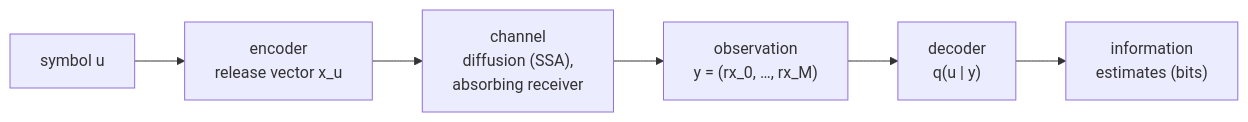
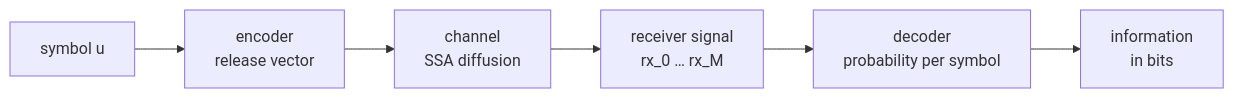
The diagram in README.md (nguyenducminh2206/tuni-cli), drawn with Mermaid before and after one commit. The commit also changed other lines of this file, not shown here.

````diff
--- a/README.md
+++ b/README.md
@@ -32,8 +28,8 @@
 ```mermaid
 flowchart LR
-    U["symbol u"] --> E["encoder<br/>release vector x_u"]
-    E --> C["channel<br/>diffusion (SSA),<br/>absorbing receiver"]
-    C --> Y["observation<br/>y = (rx_0, …, rx_M)"]
-    Y --> D["decoder<br/>q(u | y)"]
-    D --> I["information<br/>estimates (bits)"]
+    U["symbol u"] --> E["encoder<br/>release vector"]
+    E --> C["channel<br/>SSA diffusion"]
+    C --> Y["receiver signal<br/>rx_0 … rx_M"]
+    Y --> D["decoder<br/>probability per symbol"]
+    D --> I["information<br/>in bits"]
 ```
````
